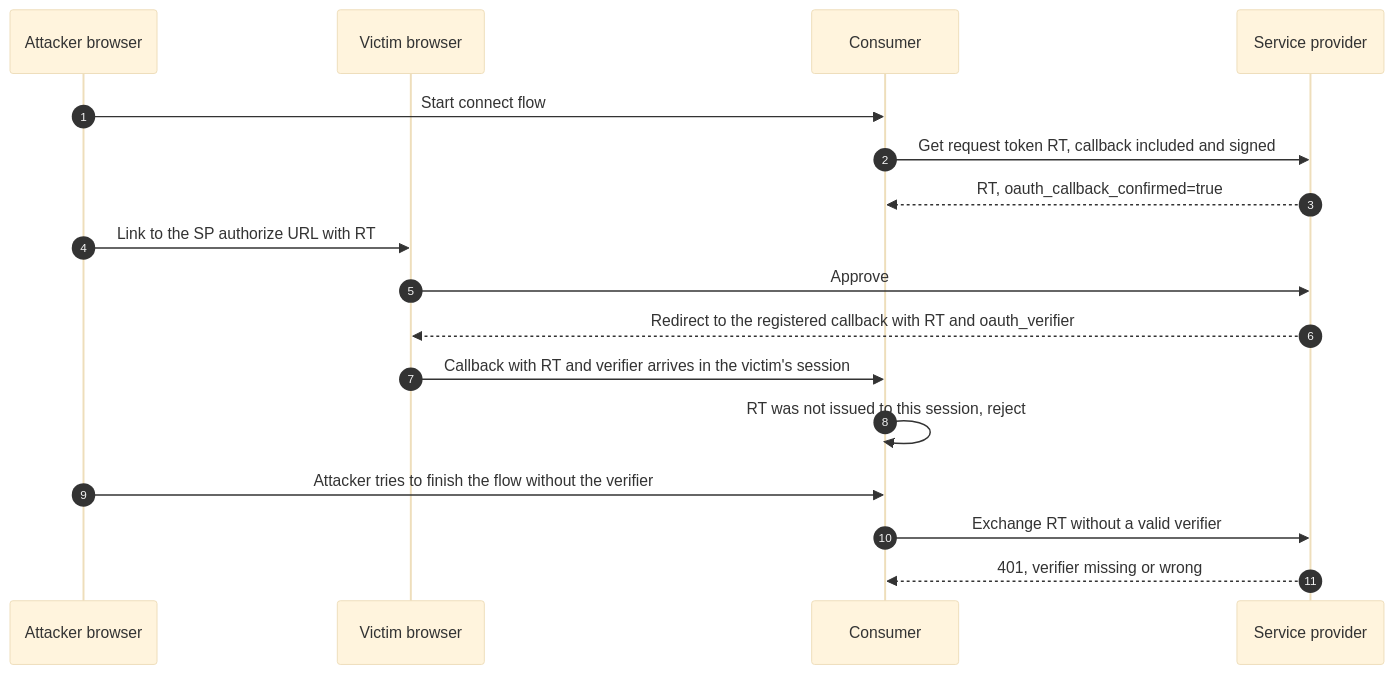
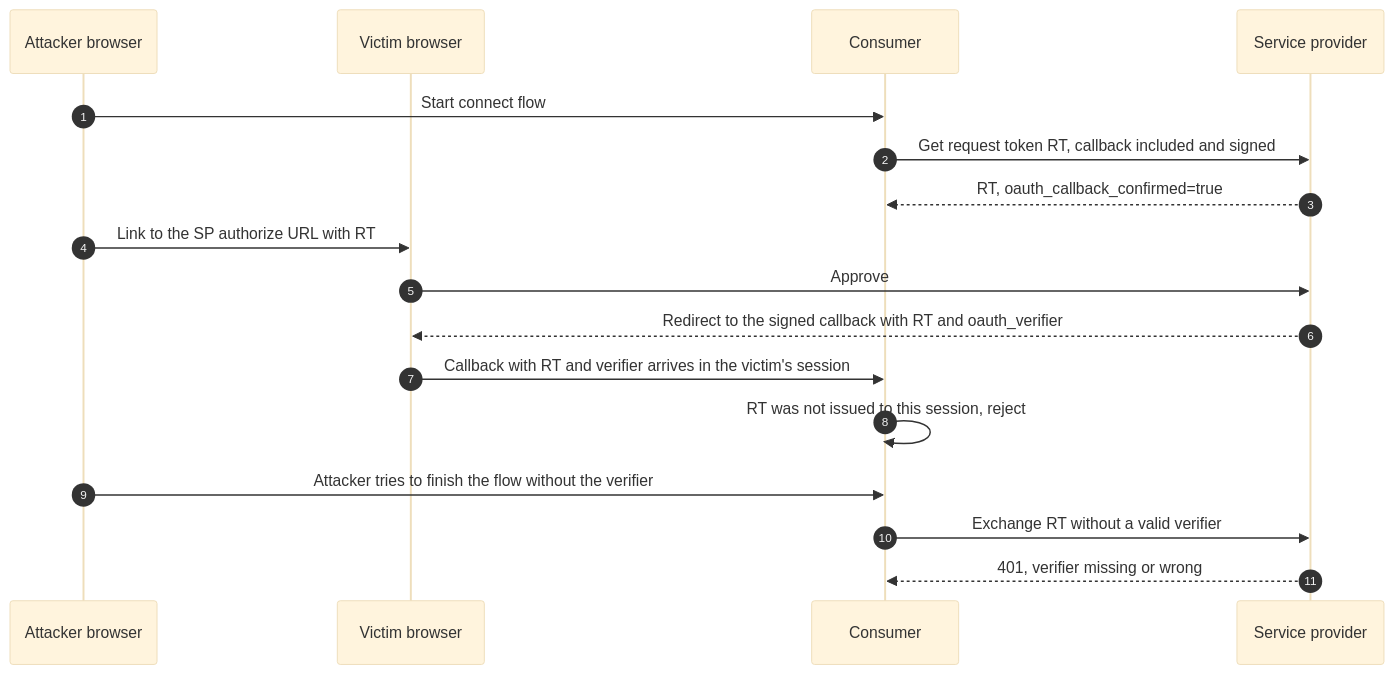
The sixth of 7 diagrams in authentication/docs/07-oauth-1.md (pavansaiambala7/backend), drawn with Mermaid (base theme) before and after one commit. The commit also changed other lines of this file and 138 other files, not shown here.

````diff
--- a/authentication/docs/07-oauth-1.md
+++ b/authentication/docs/07-oauth-1.md
@@ -423,19 +423,19 @@
 ```mermaid
 sequenceDiagram
     autonumber
     participant A as Attacker browser
     participant V as Victim browser
     participant C as Consumer
     participant SP as Service provider
     A->>C: Start connect flow
     C->>SP: Get request token RT, callback included and signed
     SP-->>C: RT, oauth_callback_confirmed=true
     A->>V: Link to the SP authorize URL with RT
     V->>SP: Approve
-    SP-->>V: Redirect to the registered callback with RT and oauth_verifier
+    SP-->>V: Redirect to the signed callback with RT and oauth_verifier
     V->>C: Callback with RT and verifier arrives in the victim's session
     C->>C: RT was not issued to this session, reject
     A->>C: Attacker tries to finish the flow without the verifier
     C->>SP: Exchange RT without a valid verifier
     SP-->>C: 401, verifier missing or wrong
 ```
````
